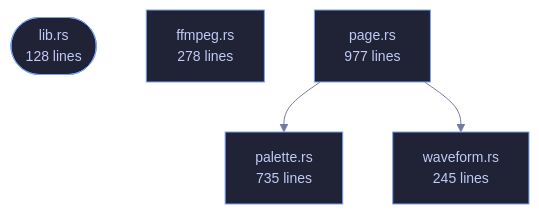
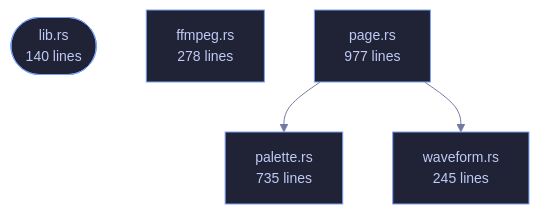
One commit to tilas01/veilvoice changed the diagram in crates/veilvoice-video/README.md. Above: the diagram before and after it, drawn with Mermaid. The commit also changed other lines of this file and 182 other files, not shown here.

````diff
--- a/crates/veilvoice-video/README.md
+++ b/crates/veilvoice-video/README.md
@@ -77,16 +90,16 @@
 ```mermaid
 %%{init: {"theme":"base","themeVariables":{"background":"#1a1b26","primaryColor":"#1f2335","primaryTextColor":"#c0caf5","primaryBorderColor":"#7aa2f7","secondaryColor":"#16161e","tertiaryColor":"#16161e","lineColor":"#737aa2","textColor":"#c0caf5","mainBkg":"#1f2335","nodeBorder":"#7aa2f7","clusterBkg":"#16161e","clusterBorder":"#2f3549","fontFamily":"ui-monospace, SFMono-Regular, Consolas, monospace","fontSize":"14px"}}}%%
 flowchart TD
-    n_lib(["lib.rs<br/>128 lines"])
+    n_lib(["lib.rs<br/>140 lines"])
     n_ffmpeg["ffmpeg.rs<br/>278 lines"]
     n_page["page.rs<br/>977 lines"]
     n_palette["palette.rs<br/>735 lines"]
     n_waveform["waveform.rs<br/>245 lines"]
     n_page --> n_palette
     n_page --> n_waveform
     click n_lib href "https://github.com/tilas01/veilvoice/blob/main/crates/veilvoice-video/src/lib.rs" "open the source"
     click n_ffmpeg href "https://github.com/tilas01/veilvoice/blob/main/crates/veilvoice-video/src/ffmpeg.rs" "open the source"
     click n_page href "https://github.com/tilas01/veilvoice/blob/main/crates/veilvoice-video/src/page.rs" "open the source"
     click n_palette href "https://github.com/tilas01/veilvoice/blob/main/crates/veilvoice-video/src/palette.rs" "open the source"
     click n_waveform href "https://github.com/tilas01/veilvoice/blob/main/crates/veilvoice-video/src/waveform.rs" "open the source"
 ```
````
